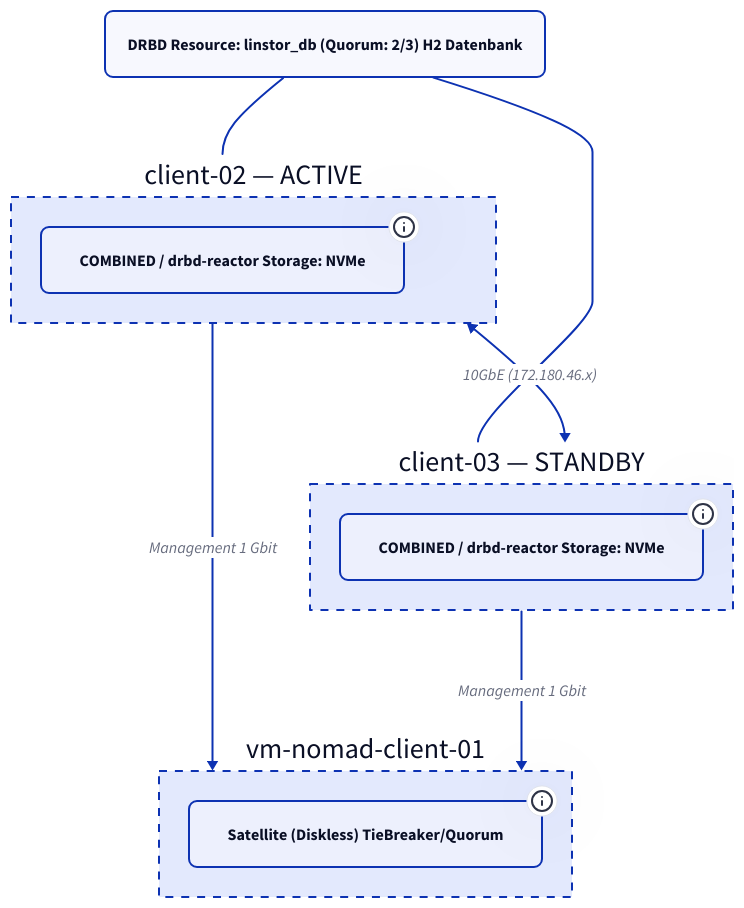
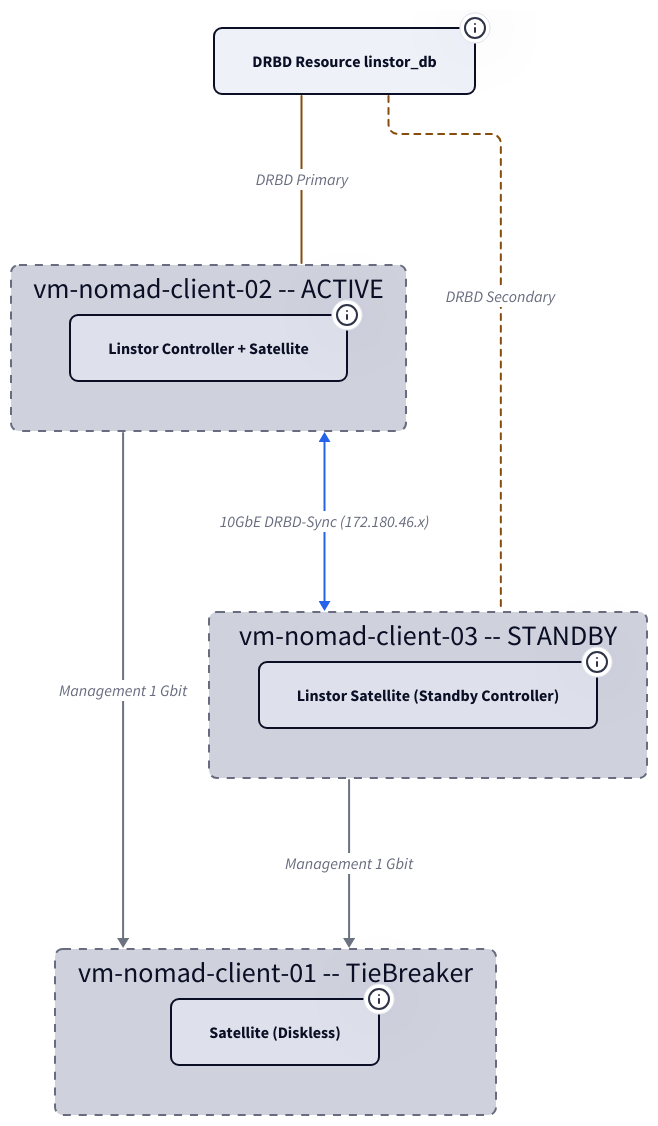
Before and after one commit to derever-labs/homelab-wiki: the second of 2 diagrams in docs/linstor-storage/index.md, drawn with D2. The commit also changed other lines of this file and 6 other files, not shown here.

Commit message:
refactor(diagrams): D2 auf vars/classes/Tooltips vereinheitlicht

````diff
--- a/docs/linstor-storage/index.md
+++ b/docs/linstor-storage/index.md
@@ -116,26 +168,67 @@
 ```d2
+vars: {
+  d2-config: {
+    theme-id: 1
+    layout-engine: elk
+  }
+}
+
+classes: {
+  node: { style: { border-radius: 8 } }
+  container: { style: { border-radius: 8; stroke-dash: 4 } }
+}
+
 direction: down
 
-DB2: "DRBD Resource: linstor_db (Quorum: 2/3) H2 Datenbank" { style.border-radius: 8 }
-
-DC02: "client-02 — ACTIVE" {
-  style.stroke-dash: 4
-  DC02a: "COMBINED / drbd-reactor Storage: NVMe" { tooltip: "10.180.46.82 / DRBD: 172.180.46.82"; style.border-radius: 8 }
+DB2: DRBD Resource linstor_db {
+  class: node
+  tooltip: "Quorum 2/3 | H2 Datenbank fuer Linstor Controller State"
 }
 
-DC03: "client-03 — STANDBY" {
-  style.stroke-dash: 4
-  DC03a: "COMBINED / drbd-reactor Storage: NVMe" { tooltip: "10.180.46.83 / DRBD: 172.180.46.83"; style.border-radius: 8 }
+DC02: vm-nomad-client-02 -- ACTIVE {
+  class: container
+
+  DC02a: Linstor Controller + Satellite {
+    class: node
+    tooltip: "10.180.46.82 | DRBD: 172.180.46.82 | NVMe Storage, drbd-reactor managed"
+  }
 }
 
-DC01: vm-nomad-client-01 {
-  style.stroke-dash: 4
-  DC01a: "Satellite (Diskless) TieBreaker/Quorum" { tooltip: "10.180.46.81 / KEIN 10GbE Zugang"; style.border-radius: 8 }
+DC03: vm-nomad-client-03 -- STANDBY {
+  class: container
+
+  DC03a: Linstor Satellite (Standby Controller) {
+    class: node
+    tooltip: "10.180.46.83 | DRBD: 172.180.46.83 | NVMe Storage, Failover via drbd-reactor"
+  }
 }
 
-DB2 -- DC02
-DB2 -- DC03
-DC02 <-> DC03: "10GbE (172.180.46.x)"
-DC02 -> DC01: Management 1 Gbit
-DC03 -> DC01: Management 1 Gbit
+DC01: vm-nomad-client-01 -- TieBreaker {
+  class: container
+
+  DC01a: Satellite (Diskless) {
+    class: node
+    tooltip: "10.180.46.81 | Kein 10GbE-Zugang, nur Quorum-Witness"
+  }
+}
+
+DB2 -- DC02: DRBD Primary {
+  style.stroke: "#854d0e"
+}
+DB2 -- DC03: DRBD Secondary {
+  style.stroke: "#854d0e"
+  style.stroke-dash: 3
+}
+DC02 <-> DC03: 10GbE DRBD-Sync (172.180.46.x) {
+  style.stroke: "#2563eb"
+  tooltip: "Dediziertes 10GbE Netzwerk fuer Replikation"
+}
+DC02 -> DC01: Management 1 Gbit {
+  style.stroke: "#6b7280"
+  tooltip: "10.180.46.x | Control Plane, Quorum"
+}
+DC03 -> DC01: Management 1 Gbit {
+  style.stroke: "#6b7280"
+  tooltip: "10.180.46.x | Control Plane, Quorum"
+}
 ```
````
